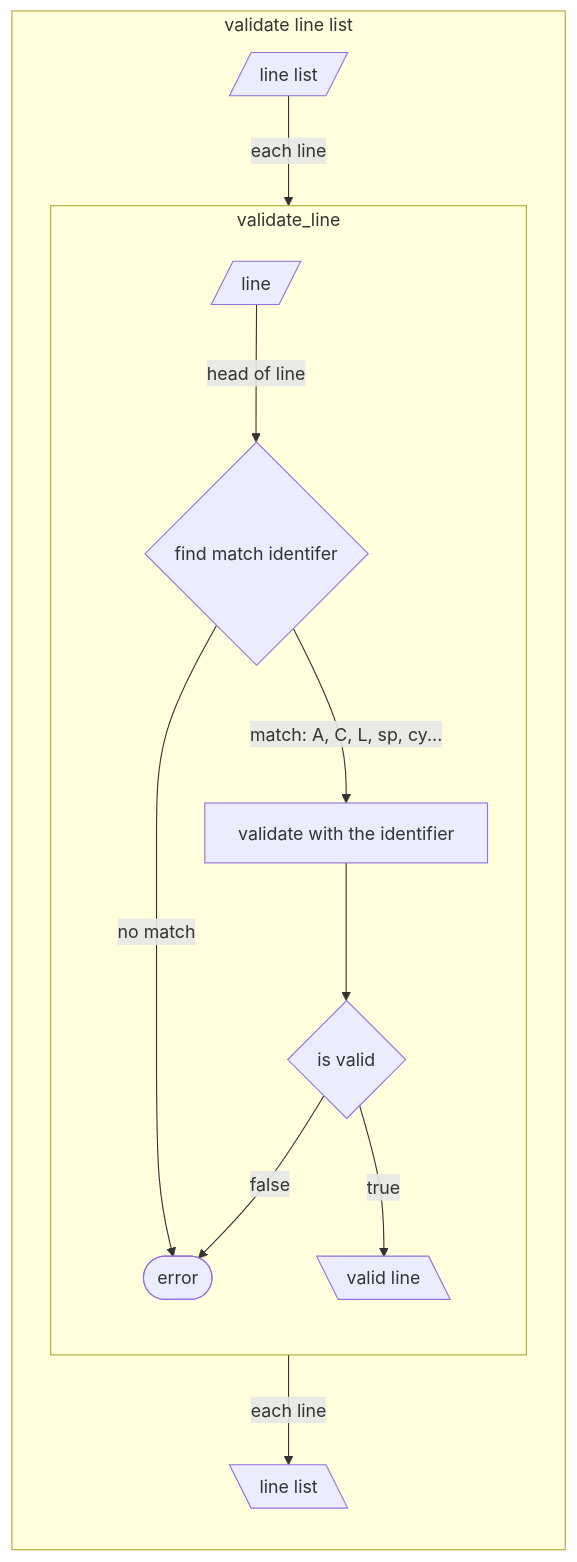
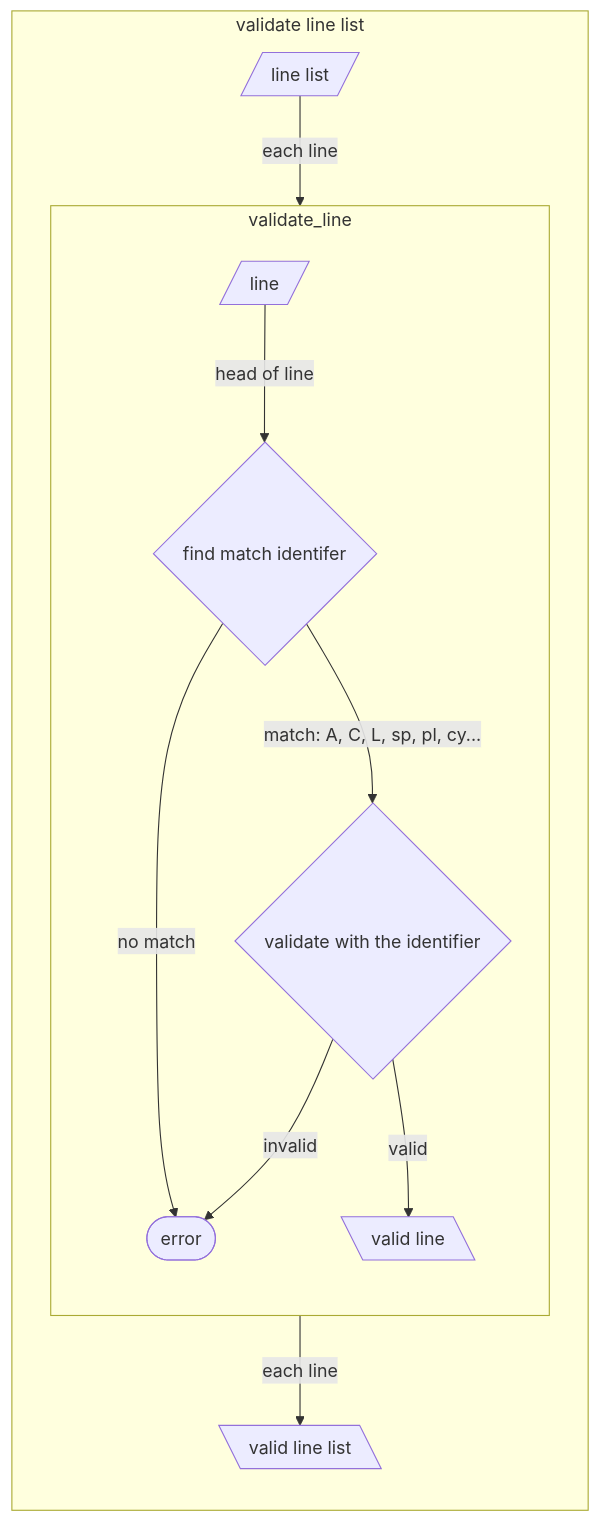
Before and after one commit to ikawamuk/weekends_c: the fourth of 8 diagrams in docs/SequenceDiagrams.md, drawn with Mermaid. The commit also changed other lines of this file and 1 other file, not shown here.

Commit message:
update: update flowchart

````diff
--- a/docs/SequenceDiagrams.md
+++ b/docs/SequenceDiagrams.md
@@ -41,18 +42,17 @@
 ```mermaid
 flowchart
 	subgraph validate_line_list [validate line list]
 		direction TB
 		input[/line list/]-->|each line|validate_line
 		subgraph validate_line
 			direction TB
 			vlin[/line/]-->|head of line|if1{find match identifer}
 			if1-->|no match|error
-			if1-->|match: A, C, L, sp, cy...|vl2[validate with the identifier]
-			vl2-->if2{is valid}
-			if2-->|true|vlout[\valid line\]
-			if2-->|false|error
+			if1-->|match: A, C, L, sp, pl, cy...|if2{validate with the identifier}
+			if2-->|valid|vlout[\valid line\]
+			if2-->|invalid|error
 			error([error])
 		end
-		validate_line-->|each line|output[\line list\]
+		validate_line-->|each line|output[\valid line list\]
 	end
 ```
````
